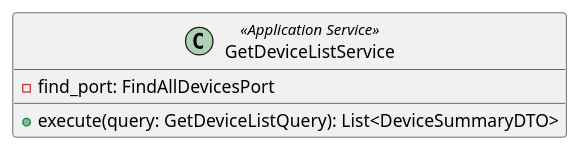
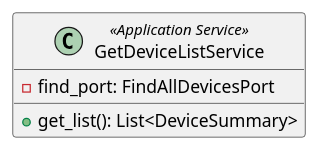
One commit to GroupRubberDuck/Documentazione changed the diagram in src/PB/DocumentazioneEsterna/Specifica_Tecnica/content/uml/puml/Diagrammi_classi/Backend/ApplicationServices/GetDeviceListService.puml. Above: the diagram before and after it, drawn with PlantUML. The commit also changed 13 other files, not shown here.

Commit message:
Feat: completati diagrammi device

```diff
--- a/src/PB/DocumentazioneEsterna/Specifica_Tecnica/content/uml/puml/Diagrammi_classi/Backend/ApplicationServices/GetDeviceListService.puml
+++ b/src/PB/DocumentazioneEsterna/Specifica_Tecnica/content/uml/puml/Diagrammi_classi/Backend/ApplicationServices/GetDeviceListService.puml
@@ -1,9 +1,9 @@
 @startuml GetDeviceListService
 
 class GetDeviceListService <<Application Service>> {
     - find_port: FindAllDevicesPort
 
-    + execute(query: GetDeviceListQuery): List<DeviceSummaryDTO>
+    + get_list(): List<DeviceSummary>
 }
 
 @enduml
```
